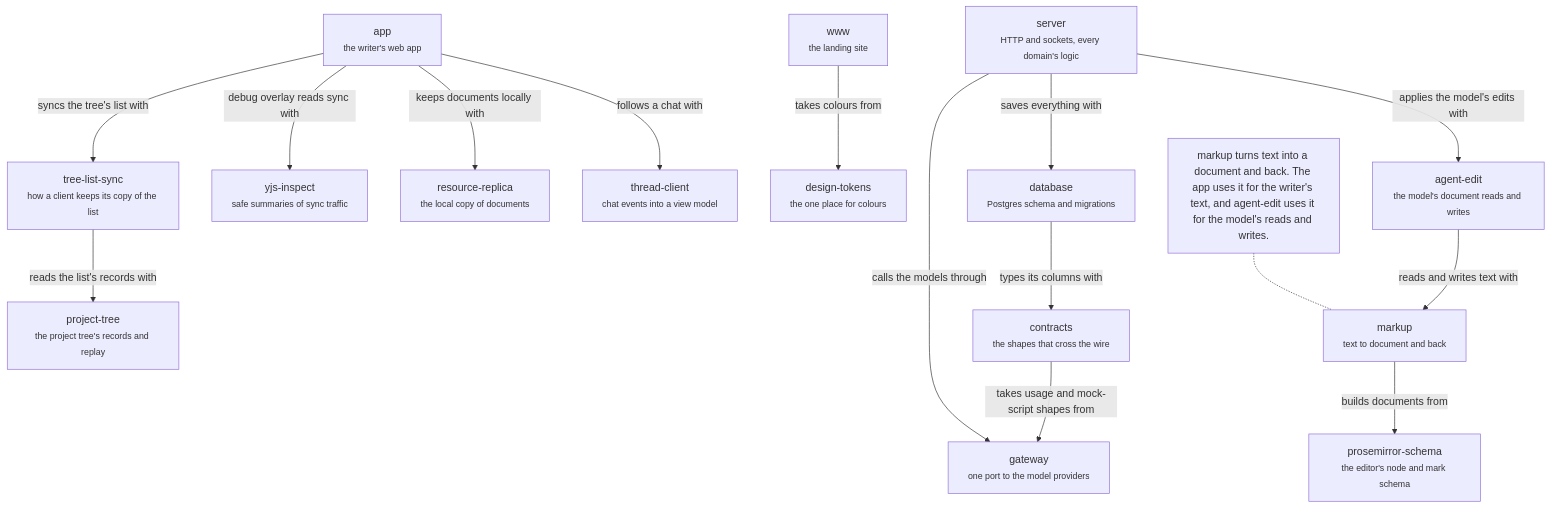
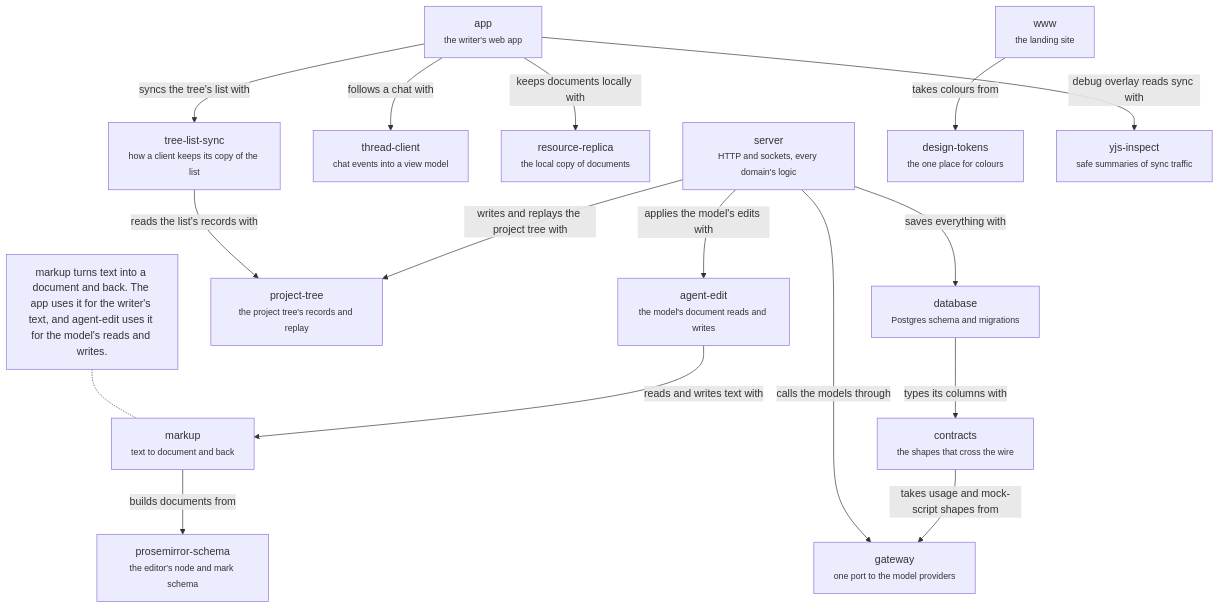
The diagram in .context/system-architecture/code.md (haowjy/meridian-flow), drawn with Mermaid before and after one commit. The commit also changed 23 other files, not shown here.

````diff
--- a/.context/system-architecture/code.md
+++ b/.context/system-architecture/code.md
@@ -9,33 +9,34 @@
 ```mermaid
 flowchart TB
   app["app<br/><small>the writer's web app</small>"]:::module
   server["server<br/><small>HTTP and sockets, every domain's logic</small>"]:::module
   www["www<br/><small>the landing site</small>"]:::module
   thread-client["thread-client<br/><small>chat events into a view model</small>"]:::package
   resource-replica["resource-replica<br/><small>the local copy of documents</small>"]:::package
   agent-edit["agent-edit<br/><small>the model's document reads and writes</small>"]:::package
   project-tree["project-tree<br/><small>the project tree's records and replay</small>"]:::package
   tree-list-sync["tree-list-sync<br/><small>how a client keeps its copy of the list</small>"]:::package
   markup["markup<br/><small>text to document and back</small>"]:::package
   prosemirror-schema["prosemirror-schema<br/><small>the editor's node and mark schema</small>"]:::package
   database["database<br/><small>Postgres schema and migrations</small>"]:::package
   contracts["contracts<br/><small>the shapes that cross the wire</small>"]:::package
   design-tokens["design-tokens<br/><small>the one place for colours</small>"]:::package
   gateway["gateway<br/><small>one port to the model providers</small>"]:::package
   yjs-inspect["yjs-inspect<br/><small>safe summaries of sync traffic</small>"]:::package
   app -->|"follows a chat with"| thread-client
   app -->|"keeps documents locally with"| resource-replica
   server -->|"applies the model's edits with"| agent-edit
   server -->|"saves everything with"| database
   agent-edit -->|"reads and writes text with"| markup
   markup -->|"builds documents from"| prosemirror-schema
   database -->|"types its columns with"| contracts
   contracts -->|"takes usage and mock-script shapes from"| gateway
   server -->|"calls the models through"| gateway
   www -->|"takes colours from"| design-tokens
   app -->|"debug overlay reads sync with"| yjs-inspect
+  server -->|"writes and replays the project tree with"| project-tree
   app -->|"syncs the tree's list with"| tree-list-sync
   tree-list-sync -->|"reads the list's records with"| project-tree
   note1["markup turns text into a document and back. The app uses it for the writer's text, and agent-edit uses it for the model's reads and writes."]:::note
   note1 -.- markup
 ```
````
